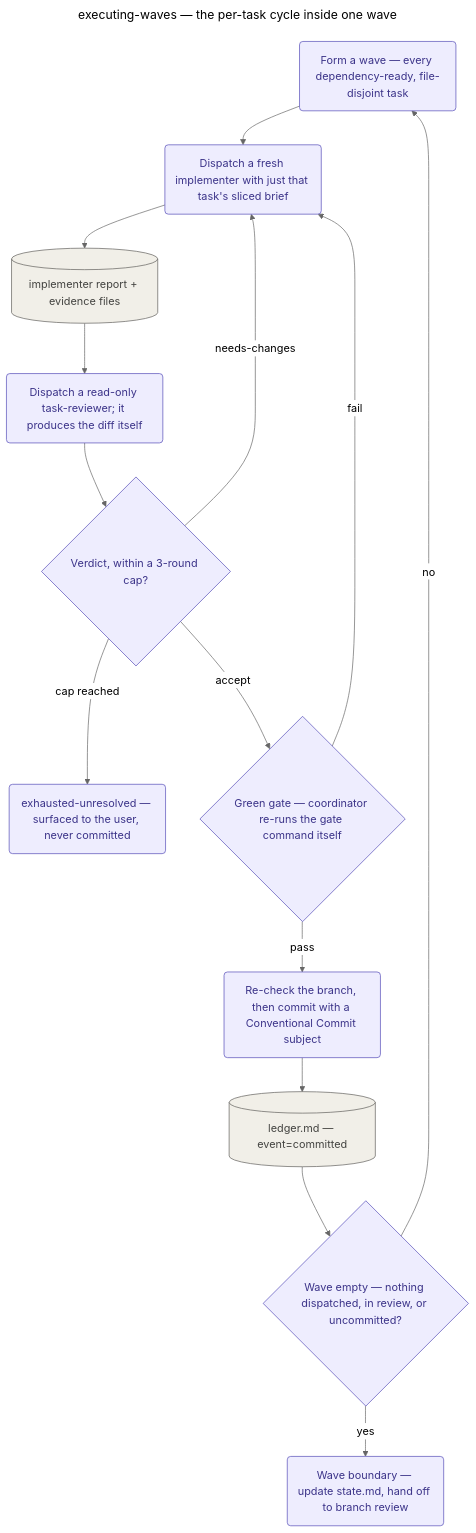
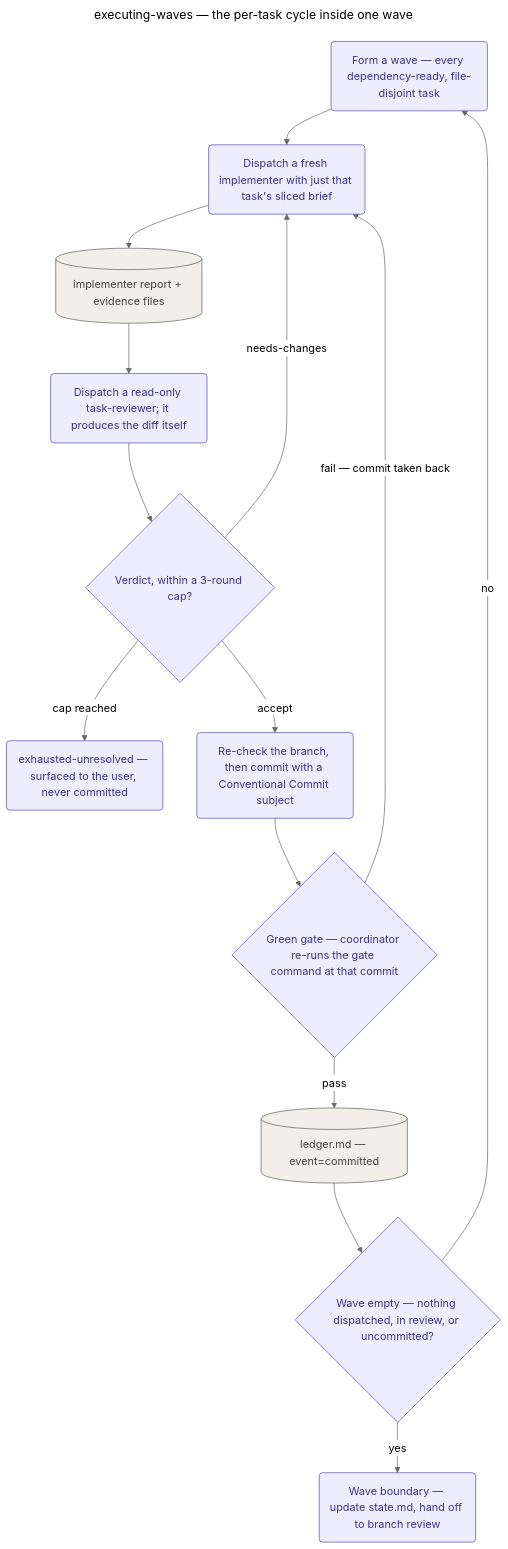
Before and after one commit to KonstantinRoehrl/devcycle: the diagram in docs/playbooks/executing-waves/README.md, drawn with Mermaid (neutral theme). The commit also changed other lines of this file and 101 other files, not shown here.

````diff
--- a/docs/playbooks/executing-waves/README.md
+++ b/docs/playbooks/executing-waves/README.md
@@ -61,25 +63,25 @@
 ```mermaid
 ---
 title: executing-waves — the per-task cycle inside one wave
-accDescr: Playbook-internal flowchart of one task's execution cycle, from wave formation through implementer dispatch, reviewer verdict with a bounded round loop, the coordinator's own green-gate re-run, commit, and the wave-boundary trigger that hands off to branch review.
+accDescr: Playbook-internal flowchart of one task's execution cycle, from wave formation through implementer dispatch, reviewer verdict with a bounded round loop, the commit, the coordinator's own green-gate re-run against it, and the wave-boundary trigger that hands off to branch review.
 ---
 flowchart TD
     FORM("Form a wave — every dependency-ready, file-disjoint task"):::stage
     FORM --> DISPATCH("Dispatch a fresh implementer with just that task's sliced brief"):::stage
     DISPATCH --> RPT[("implementer report + evidence files")]:::structural
     RPT --> REVIEW("Dispatch a read-only task-reviewer; it produces the diff itself"):::stage
     REVIEW --> VERDICT{"Verdict, within a 3-round cap?"}:::stage
     VERDICT -->|needs-changes| DISPATCH
     VERDICT -->|"cap reached"| EXHAUSTED("exhausted-unresolved — surfaced to the user, never committed"):::stage
-    VERDICT -->|accept| GATE{"Green gate — coordinator re-runs the gate command itself"}:::stage
-    GATE -->|fail| DISPATCH
-    GATE -->|pass| COMMIT("Re-check the branch, then commit with a Conventional Commit subject"):::stage
-    COMMIT --> LEDGER[("ledger.md — event=committed")]:::structural
+    VERDICT -->|accept| COMMIT("Re-check the branch, then commit with a Conventional Commit subject"):::stage
+    COMMIT --> GATE{"Green gate — coordinator re-runs the gate command at that commit"}:::stage
+    GATE -->|"fail — commit taken back"| DISPATCH
+    GATE -->|pass| LEDGER[("ledger.md — event=committed")]:::structural
     LEDGER --> BOUNDARY{"Wave empty — nothing dispatched, in review, or uncommitted?"}:::stage
     BOUNDARY -->|no| FORM
     BOUNDARY -->|yes| HANDOFF("Wave boundary — update state.md, hand off to branch review"):::stage
 
     classDef stage fill:#EEEDFE,stroke:#534AB7,color:#3C3489;
     classDef tool fill:#E1F5EE,stroke:#0F6E56,color:#085041,stroke-dasharray:5 5;
     classDef structural fill:#F1EFE8,stroke:#5F5E5A,color:#444441;
 ```
````
